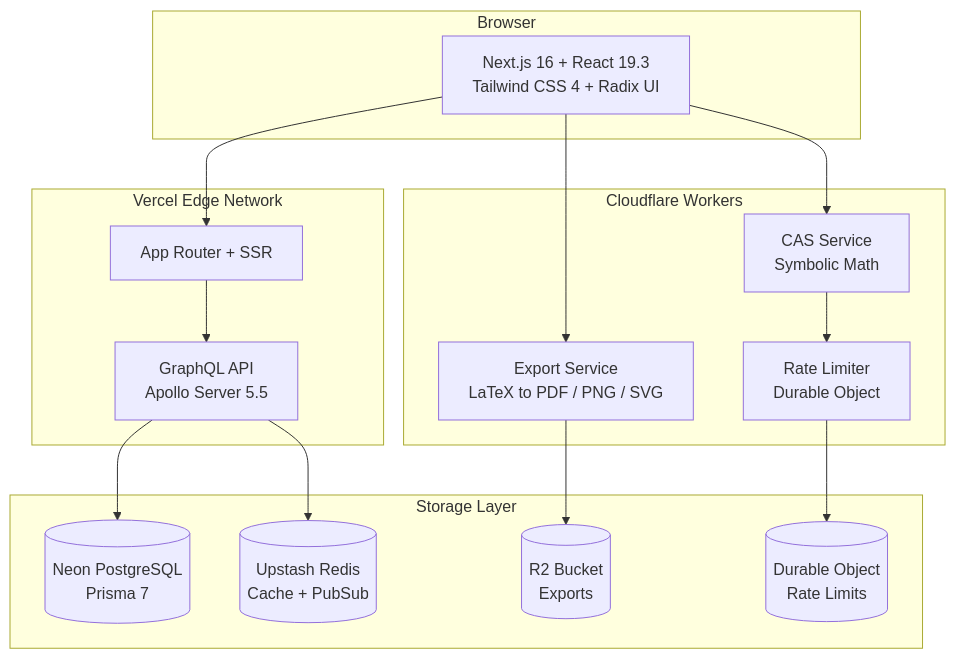
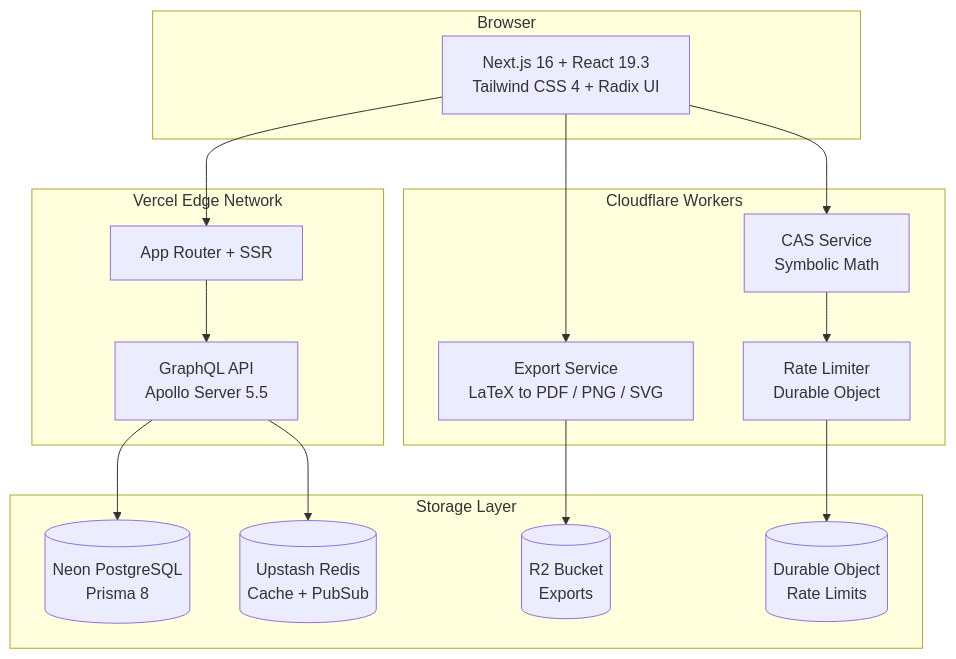
One commit to ABCrimson/NextCalc changed the diagram in README.md. Above: the diagram before and after it, drawn with Mermaid. The commit also changed other lines of this file and 27 other files, not shown here.

````diff
--- a/README.md
+++ b/README.md
@@ -98,34 +101,34 @@
 ```mermaid
 graph TB
     subgraph Client["Browser"]
         A["Next.js 16 + React 19.3<br/>Tailwind CSS 4 + Radix UI"]
     end
 
     subgraph Vercel["Vercel Edge Network"]
         B["App Router + SSR"]
         C["GraphQL API<br/>Apollo Server 5.5"]
     end
 
     subgraph Cloudflare["Cloudflare Workers"]
         D["CAS Service<br/>Symbolic Math"]
         E["Export Service<br/>LaTeX to PDF / PNG / SVG"]
         F["Rate Limiter<br/>Durable Object"]
     end
 
     subgraph Storage["Storage Layer"]
-        G[("Neon PostgreSQL<br/>Prisma 7")]
+        G[("Neon PostgreSQL<br/>Prisma 8")]
         H[("Upstash Redis<br/>Cache + PubSub")]
         I[("R2 Bucket<br/>Exports")]
         J[("Durable Object<br/>Rate Limits")]
     end
 
     A --> B
     A --> D
     A --> E
     B --> C
     C --> G
     C --> H
     D --> F
     E --> I
     F --> J
 ```
````
